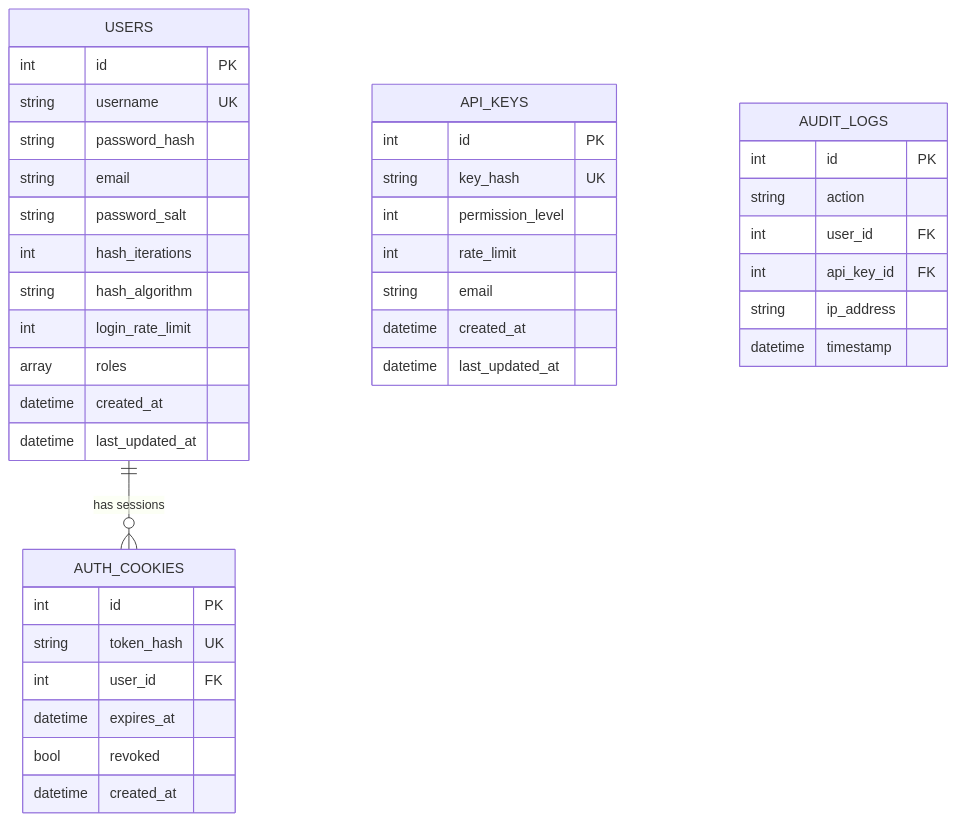
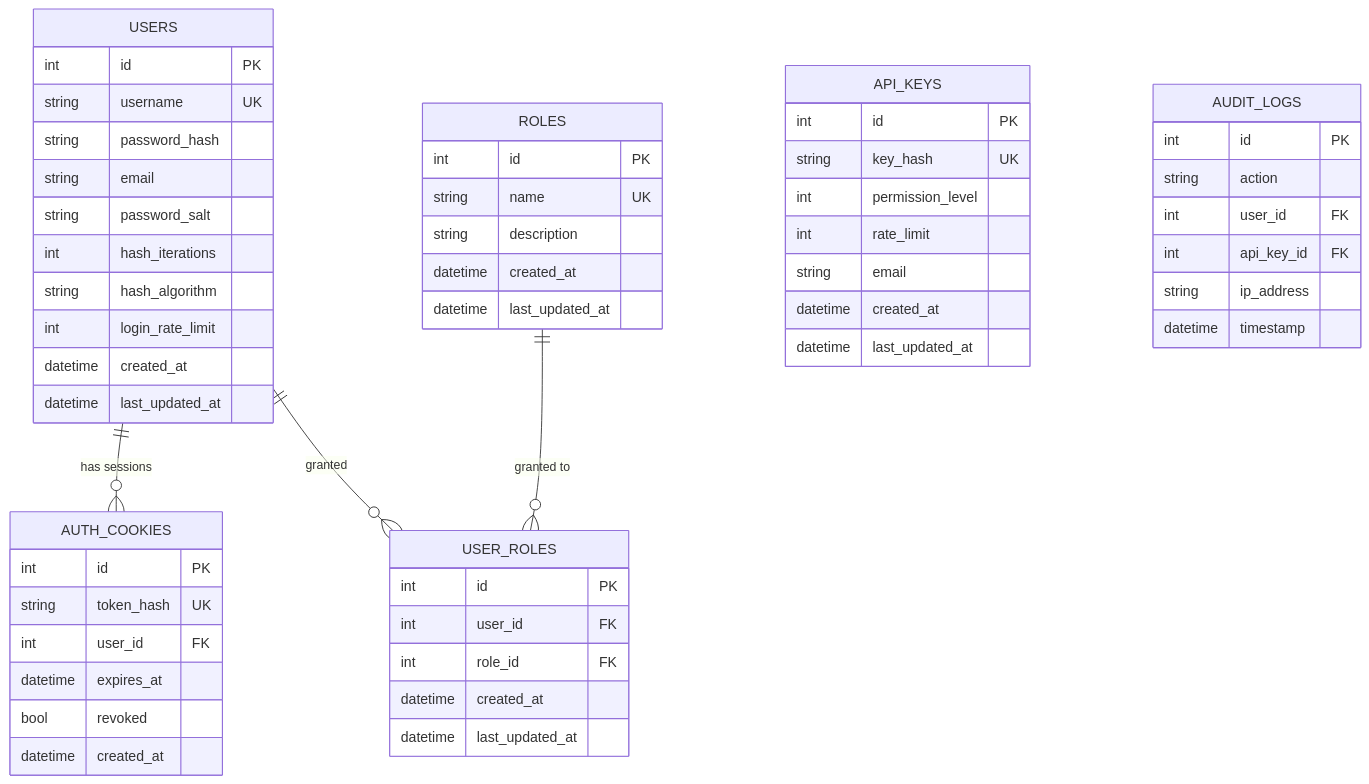
The diagram in docs/DATABASE.md (Franktorio/database-service), drawn with Mermaid before and after one commit. The commit also changed other lines of this file and 18 other files, not shown here.

````diff
--- a/docs/DATABASE.md
+++ b/docs/DATABASE.md
@@ -138,42 +164,57 @@
 ```mermaid
 erDiagram
     USERS ||--o{ AUTH_COOKIES : "has sessions"
+    USERS ||--o{ USER_ROLES : "granted"
+    ROLES ||--o{ USER_ROLES : "granted to"
     USERS {
         int id PK
         string username UK
         string password_hash
         string email
         string password_salt
         int hash_iterations
         string hash_algorithm
         int login_rate_limit
-        array roles
+        datetime created_at
+        datetime last_updated_at
+    }
+    ROLES {
+        int id PK
+        string name UK
+        string description
+        datetime created_at
+        datetime last_updated_at
+    }
+    USER_ROLES {
+        int id PK
+        int user_id FK
+        int role_id FK
         datetime created_at
         datetime last_updated_at
     }
     AUTH_COOKIES {
         int id PK
         string token_hash UK
         int user_id FK
         datetime expires_at
         bool revoked
         datetime created_at
     }
     API_KEYS {
         int id PK
         string key_hash UK
         int permission_level
         int rate_limit
         string email
         datetime created_at
         datetime last_updated_at
     }
     AUDIT_LOGS {
         int id PK
         string action
         int user_id FK
         int api_key_id FK
         string ip_address
         datetime timestamp
     }
 ```
````
